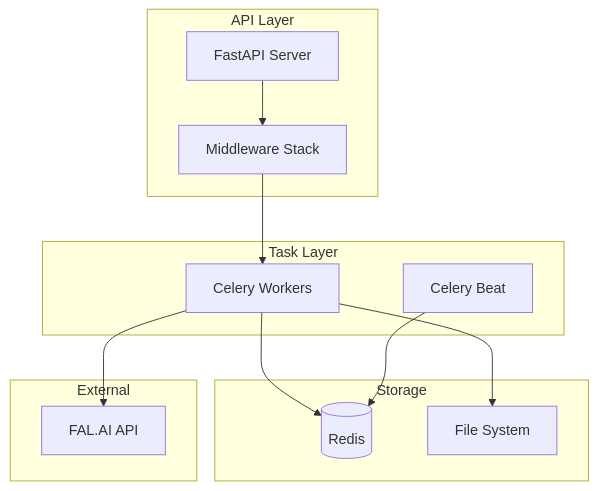
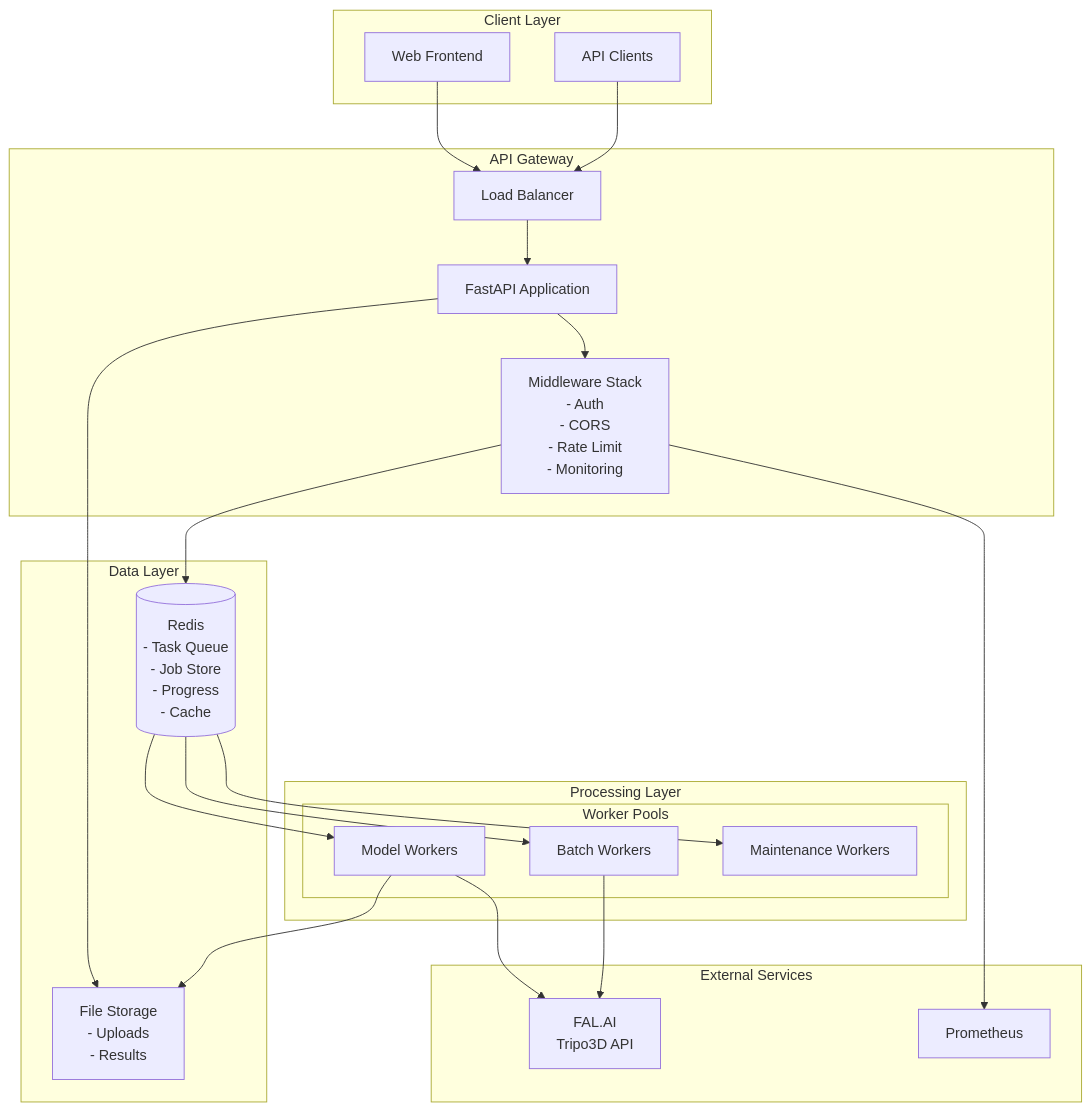
Before and after one commit to pranitl/image2model: the diagram in docs/03-backend/README.md, drawn with Mermaid. The commit also changed other lines of this file and 16 other files, not shown here.

````diff
--- a/docs/03-backend/README.md
+++ b/docs/03-backend/README.md
@@ -56,28 +64,49 @@
 ```mermaid
 graph TB
-    subgraph "API Layer"
-        FastAPI[FastAPI Server]
-        MW[Middleware Stack]
+    subgraph "Client Layer"
+        WEB[Web Frontend]
+        API_CLIENT[API Clients]
     end
     
-    subgraph "Task Layer"
-        Celery[Celery Workers]
-        Beat[Celery Beat]
+    subgraph "API Gateway"
+        LB[Load Balancer]
+        FASTAPI[FastAPI Application]
+        MW[Middleware Stack<br/>- Auth<br/>- CORS<br/>- Rate Limit<br/>- Monitoring]
     end
     
-    subgraph "Storage"
-        Redis[(Redis)]
-        FS[File System]
+    subgraph "Processing Layer"
+        subgraph "Worker Pools"
+            BATCH[Batch Workers]
+            MODEL[Model Workers]
+            MAINT[Maintenance Workers]
+        end
     end
     
-    subgraph "External"
-        FAL[FAL.AI API]
+    subgraph "Data Layer"
+        REDIS[(Redis<br/>- Task Queue<br/>- Job Store<br/>- Progress<br/>- Cache)]
+        FS[File Storage<br/>- Uploads<br/>- Results]
     end
     
-    FastAPI --> MW
-    MW --> Celery
-    Celery --> Redis
-    Celery --> FAL
-    Celery --> FS
-    Beat --> Redis
+    subgraph "External Services"
+        FAL[FAL.AI<br/>Tripo3D API]
+        PROM[Prometheus]
+    end
+    
+    WEB --> LB
+    API_CLIENT --> LB
+    LB --> FASTAPI
+    FASTAPI --> MW
+    MW --> REDIS
+    
+    REDIS --> BATCH
+    REDIS --> MODEL
+    REDIS --> MAINT
+    
+    MODEL --> FAL
+    BATCH --> FAL
+    
+    FASTAPI --> FS
+    MODEL --> FS
+    
+    MW --> PROM
 ```
````
